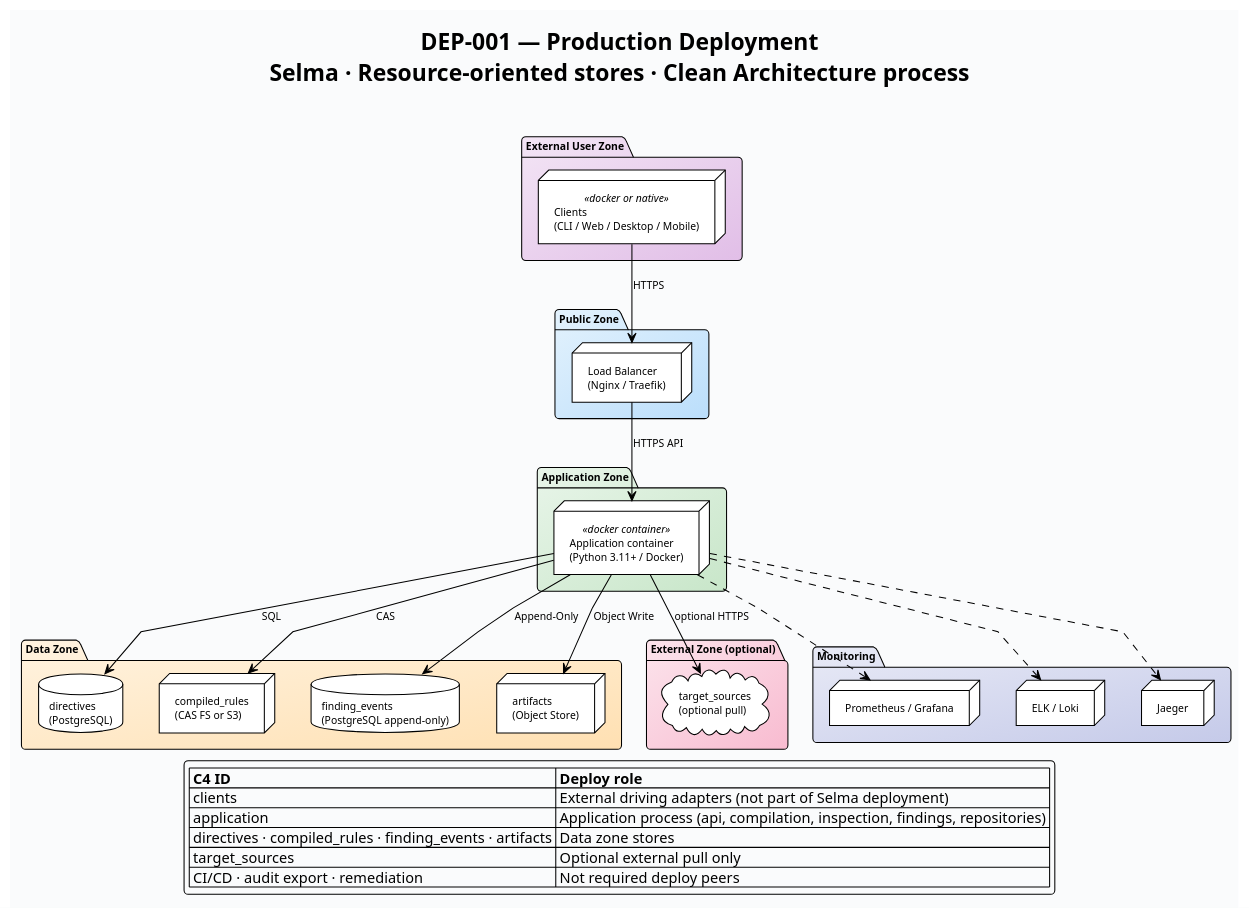
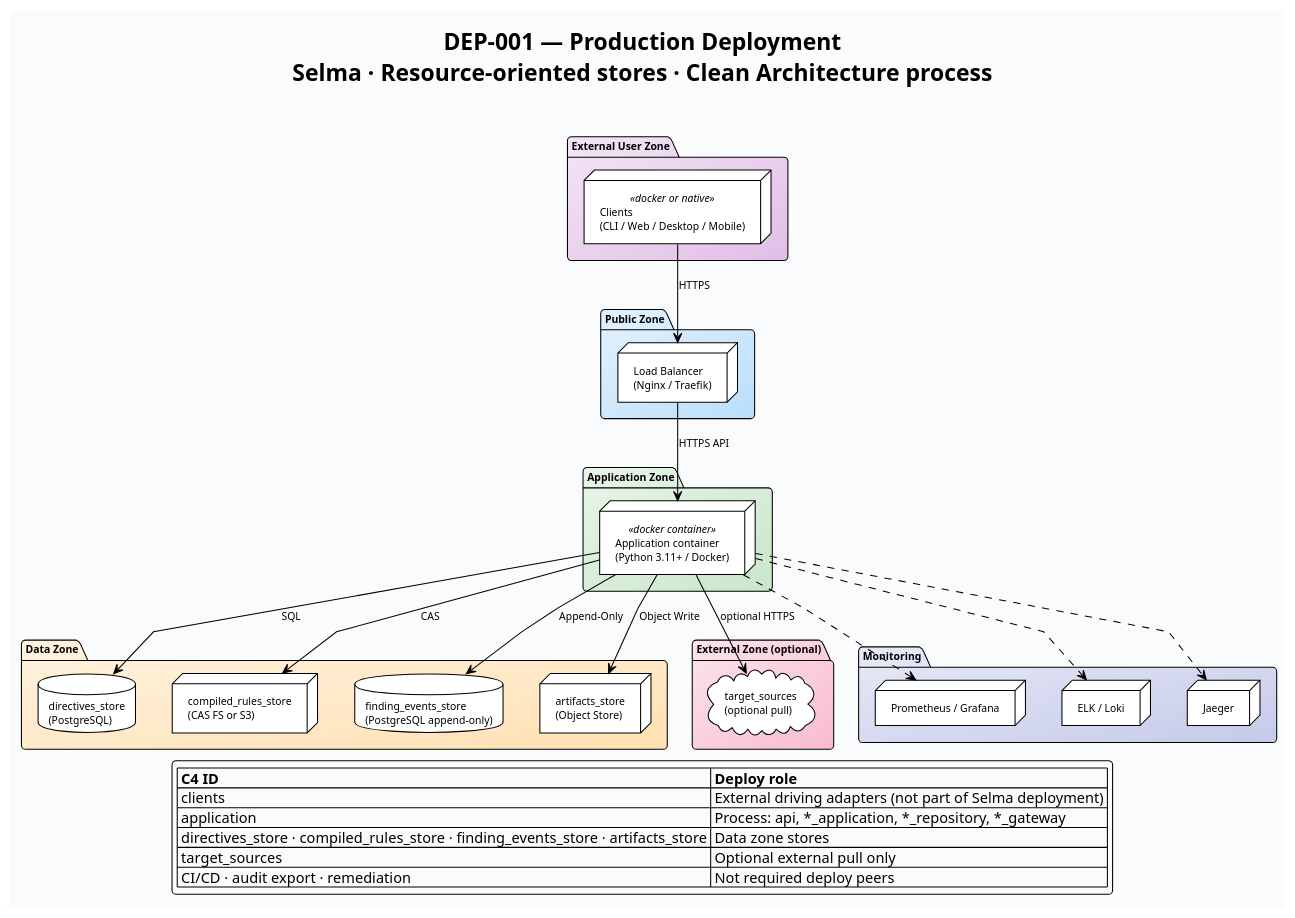
Before and after one commit to salimnamvar/selma: the diagram in docs/deployment/dep_001_production.puml, drawn with PlantUML. The commit also changed 36 other files, not shown here.

First line of the commit message:
refactor(docs): align diagrams and API docs with C4 layer postfixes

```diff
--- a/docs/deployment/dep_001_production.puml
+++ b/docs/deployment/dep_001_production.puml
@@ -6,63 +6,63 @@
 @startuml dep_001_production
 title **DEP-001 — Production Deployment**\nSelma · Resource-oriented stores · Clean Architecture process\n
 
 !theme plain
 skinparam linetype polyline
 skinparam defaultFontName Arial
 skinparam defaultFontSize 10
 skinparam shadowing false
 skinparam roundCorner 8
 skinparam backgroundColor #FAFBFC
 
 package "External User Zone" as USER_ZONE #F3E5F5/E1BEE7 {
     node "Clients\n(CLI / Web / Desktop / Mobile)" as CLIENTS <<docker or native>>
 }
 
 package "Public Zone" as PUBLIC_ZONE #E3F2FD/BBDEFB {
     node "Load Balancer\n(Nginx / Traefik)" as LOAD_BALANCER
 }
 
 package "Application Zone" as APP_ZONE #E8F5E9/C8E6C9 {
     node "Application container\n(Python 3.11+ / Docker)" as APP <<docker container>>
 }
 
 package "Data Zone" as DATA_ZONE #FFF3E0/FFE0B2 {
-    database "directives\n(PostgreSQL)" as DIRECTIVES
-    node "compiled_rules\n(CAS FS or S3)" as COMPILED
-    database "finding_events\n(PostgreSQL append-only)" as EVENTS
-    node "artifacts\n(Object Store)" as ARTIFACTS
+    database "directives_store\n(PostgreSQL)" as DIRECTIVES
+    node "compiled_rules_store\n(CAS FS or S3)" as COMPILED
+    database "finding_events_store\n(PostgreSQL append-only)" as EVENTS
+    node "artifacts_store\n(Object Store)" as ARTIFACTS
 }
 
 package "External Zone (optional)" as EXT_ZONE #FCE4EC/F8BBD0 {
     cloud "target_sources\n(optional pull)" as TARGETS
 }
 
 package "Monitoring" as MON #E8EAF6/C5CAE9 {
     node "Prometheus / Grafana" as PROM
     node "ELK / Loki" as ELK
     node "Jaeger" as JAEGER
 }
 
 CLIENTS --> LOAD_BALANCER : HTTPS
 LOAD_BALANCER --> APP : HTTPS API
 
 APP --> DIRECTIVES : SQL
 APP --> COMPILED : CAS
 APP --> EVENTS : Append-Only
 APP --> ARTIFACTS : Object Write
 APP --> TARGETS : optional HTTPS
 
 APP ..> PROM
 APP ..> ELK
 APP ..> JAEGER
 
 legend bottom
   |= C4 ID |= Deploy role |
   | clients | External driving adapters (not part of Selma deployment) |
-  | application | Application process (api, compilation, inspection, findings, repositories) |
-  | directives · compiled_rules · finding_events · artifacts | Data zone stores |
+  | application | Process: api, *_application, *_repository, *_gateway |
+  | directives_store · compiled_rules_store · finding_events_store · artifacts_store | Data zone stores |
   | target_sources | Optional external pull only |
   | CI/CD · audit export · remediation | Not required deploy peers |
 endlegend
 
 @enduml
```
